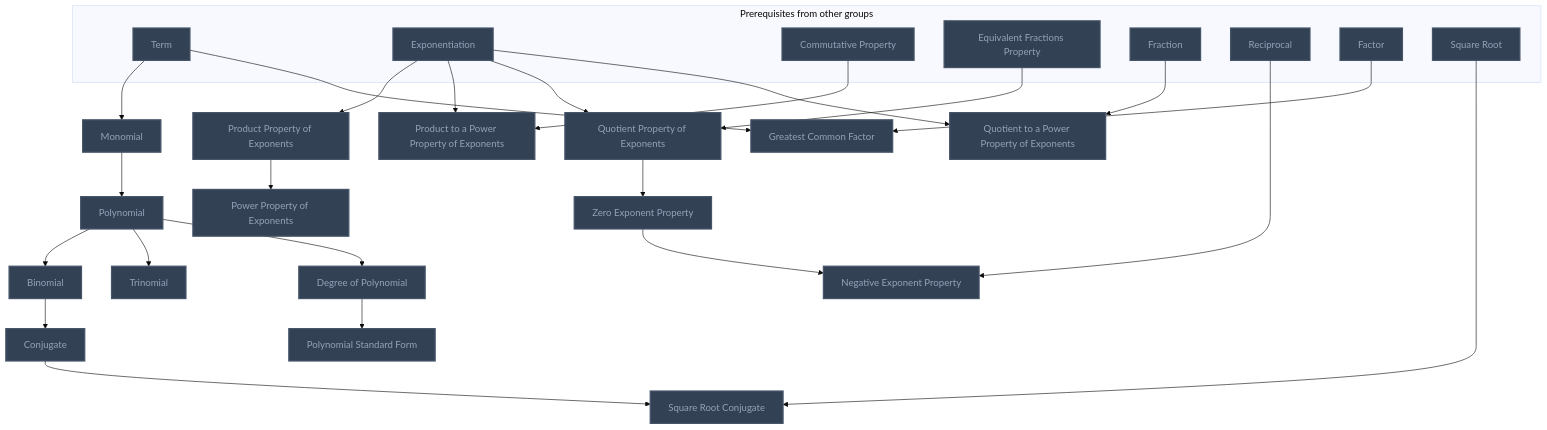
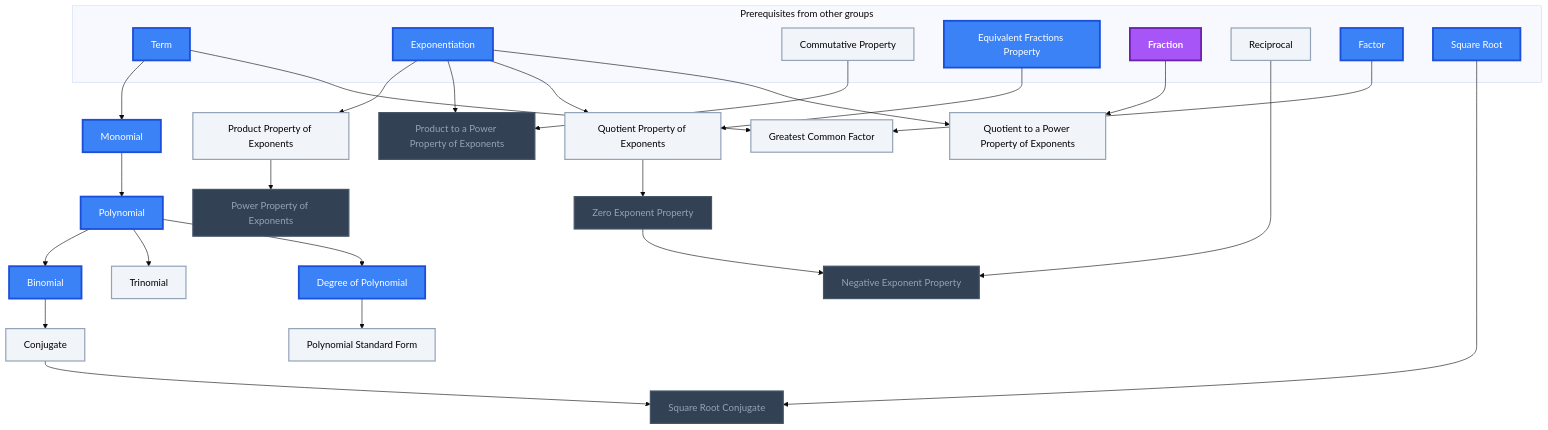
One commit to MRauf1/My-Notes changed the ninth of 10 diagrams in Gamification/Skill Trees/Pre-Algebra.md. Above: the diagram before and after it, drawn with Mermaid (base theme). The commit also changed other lines of this file and 156 other files, not shown here.

````diff
--- a/Gamification/Skill Trees/Pre-Algebra.md
+++ b/Gamification/Skill Trees/Pre-Algebra.md
@@ -470,62 +490,65 @@
 ```mermaid
 flowchart TD
     classDef planned fill:#1E293B,stroke:#64748B,stroke-width:2px,stroke-dasharray:5 5,color:#94A3B8;
     classDef locked fill:#334155,stroke:#475569,stroke-width:2px,color:#94A3B8;
     classDef L0 fill:#F1F5F9,stroke:#94A3B8,stroke-width:2px,color:#000000;
     classDef L1 fill:#22C55E,stroke:#15803D,stroke-width:2px,color:#000000;
     classDef L2 fill:#3B82F6,stroke:#1D4ED8,stroke-width:3px,color:#FFFFFF;
     classDef L3 fill:#A855F7,stroke:#6B21A8,stroke-width:3px,color:#FFFFFF,font-weight:bold;
     classDef L4 fill:#F97316,stroke:#C2410C,stroke-width:4px,color:#000000,font-weight:bold;
     classDef L5 fill:#FFD700,stroke:#FF8C00,stroke-width:5px,color:#000000,font-weight:bold;
     classDef rusty stroke:#8B4513,stroke-width:4px,stroke-dasharray:3 3;
     subgraph sg_prereqs["Prerequisites from other groups"]
         n_term["Term"]
         n_exponentiation["Exponentiation"]
         n_commutative_property["Commutative Property"]
         n_equivalent_fractions_property["Equivalent Fractions Property"]
         n_fraction["Fraction"]
         n_reciprocal["Reciprocal"]
         n_factor["Factor"]
         n_square_root["Square Root"]
     end
     n_monomial["Monomial"]
     n_polynomial["Polynomial"]
     n_binomial["Binomial"]
     n_trinomial["Trinomial"]
     n_degree_of_polynomial["Degree of Polynomial"]
     n_polynomial_standard_form["Polynomial Standard Form"]
     n_product_property_of_exponents["Product Property of Exponents"]
     n_power_property_of_exponents["Power Property of Exponents"]
     n_product_to_a_power_property_of_exponents["Product to a Power Property of Exponents"]
     n_quotient_property_of_exponents["Quotient Property of Exponents"]
     n_zero_exponent_property["Zero Exponent Property"]
     n_quotient_to_a_power_property_of_exponents["Quotient to a Power Property of Exponents"]
     n_negative_exponent_property["Negative Exponent Property"]
     n_greatest_common_factor["Greatest Common Factor"]
     n_conjugate["Conjugate"]
     n_square_root_conjugate["Square Root Conjugate"]
     n_term --> n_monomial
     n_monomial --> n_polynomial
     n_polynomial --> n_binomial
     n_polynomial --> n_trinomial
     n_polynomial --> n_degree_of_polynomial
     n_degree_of_polynomial --> n_polynomial_standard_form
     n_exponentiation --> n_product_property_of_exponents
     n_product_property_of_exponents --> n_power_property_of_exponents
     n_commutative_property --> n_product_to_a_power_property_of_exponents
     n_exponentiation --> n_product_to_a_power_property_of_exponents
     n_exponentiation --> n_quotient_property_of_exponents
     n_equivalent_fractions_property --> n_quotient_property_of_exponents
     n_quotient_property_of_exponents --> n_zero_exponent_property
     n_exponentiation --> n_quotient_to_a_power_property_of_exponents
     n_fraction --> n_quotient_to_a_power_property_of_exponents
     n_reciprocal --> n_negative_exponent_property
     n_zero_exponent_property --> n_negative_exponent_property
     n_term --> n_greatest_common_factor
     n_factor --> n_greatest_common_factor
     n_binomial --> n_conjugate
     n_square_root --> n_square_root_conjugate
     n_conjugate --> n_square_root_conjugate
-    class n_term,n_exponentiation,n_commutative_property,n_equivalent_fractions_property,n_fraction,n_reciprocal,n_factor,n_square_root,n_monomial,n_polynomial,n_binomial,n_trinomial,n_degree_of_polynomial,n_polynomial_standard_form,n_product_property_of_exponents,n_power_property_of_exponents,n_product_to_a_power_property_of_exponents,n_quotient_property_of_exponents,n_zero_exponent_property,n_quotient_to_a_power_property_of_exponents,n_negative_exponent_property,n_greatest_common_factor,n_conjugate,n_square_root_conjugate locked;
+    class n_power_property_of_exponents,n_product_to_a_power_property_of_exponents,n_zero_exponent_property,n_negative_exponent_property,n_square_root_conjugate locked;
+    class n_commutative_property,n_reciprocal,n_trinomial,n_polynomial_standard_form,n_product_property_of_exponents,n_quotient_property_of_exponents,n_quotient_to_a_power_property_of_exponents,n_greatest_common_factor,n_conjugate L0;
+    class n_term,n_exponentiation,n_equivalent_fractions_property,n_factor,n_square_root,n_monomial,n_polynomial,n_binomial,n_degree_of_polynomial L2;
+    class n_fraction L3;
     class n_term,n_exponentiation,n_commutative_property,n_equivalent_fractions_property,n_fraction,n_reciprocal,n_factor,n_square_root,n_monomial,n_polynomial,n_binomial,n_trinomial,n_degree_of_polynomial,n_polynomial_standard_form,n_product_property_of_exponents,n_power_property_of_exponents,n_product_to_a_power_property_of_exponents,n_quotient_property_of_exponents,n_zero_exponent_property,n_quotient_to_a_power_property_of_exponents,n_negative_exponent_property,n_greatest_common_factor,n_conjugate,n_square_root_conjugate internal-link;
 ```
````
